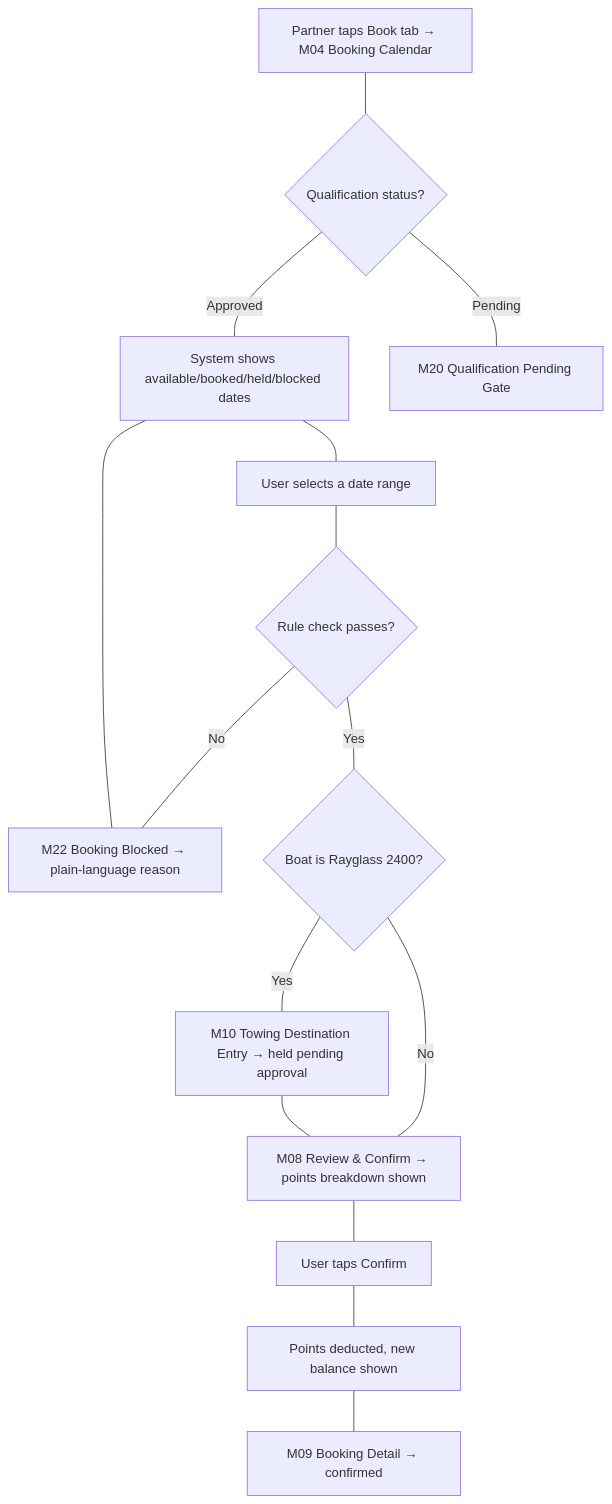
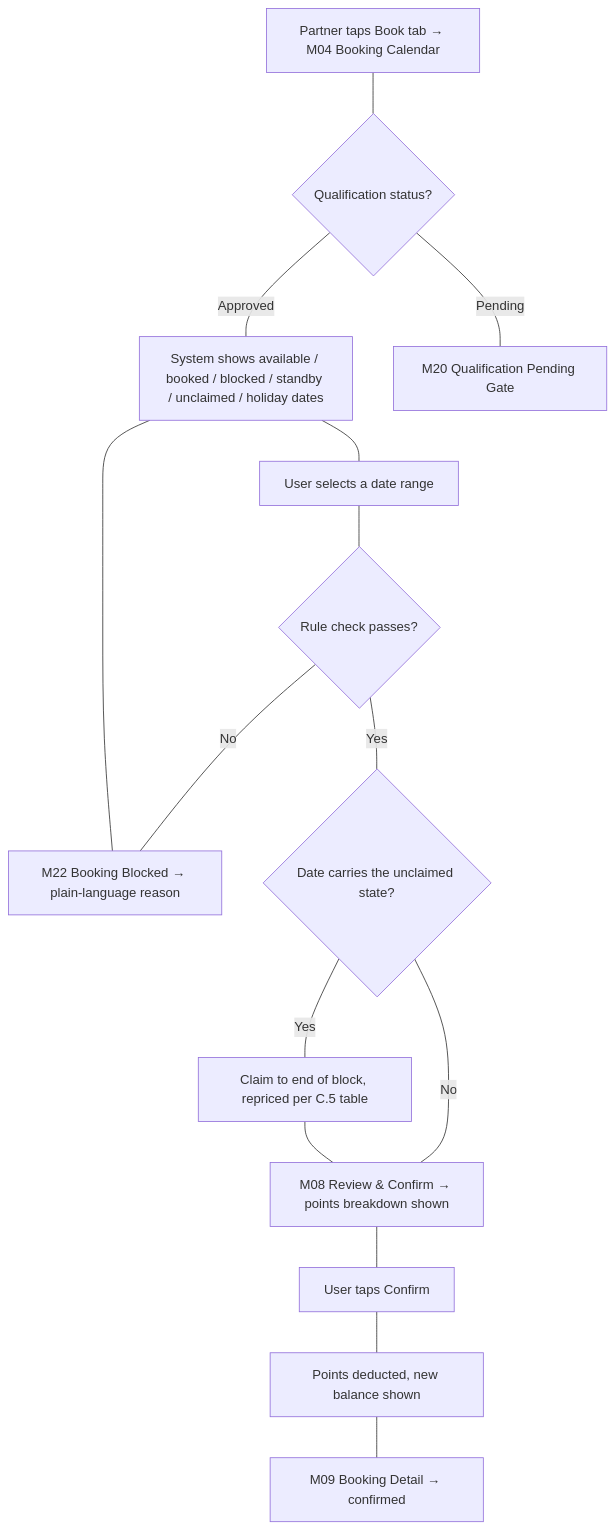
One commit to huongnguyen311/Offshore-Collective changed the first of 6 diagrams in design/05-user-flows.md. Above: the diagram before and after it, drawn with Mermaid. The commit also changed other lines of this file and 25 other files, not shown here.

````diff
--- a/design/05-user-flows.md
+++ b/design/05-user-flows.md
@@ -62,20 +65,20 @@
 ```mermaid
 flowchart TD
     A[Partner taps Book tab → M04 Booking Calendar]
-    B[System shows available/booked/held/blocked dates]
+    B[System shows available / booked / blocked / standby / unclaimed / holiday dates]
     Q{Qualification status?}
     A --- Q
     Q -- Pending --- QG[M20 Qualification Pending Gate]
     Q -- Approved --- B
     B --- C[User selects a date range]
     C --- D{Rule check passes?}
     D -- No --- E[M22 Booking Blocked → plain-language reason]
     E --- B
-    D -- Yes --- F{Boat is Rayglass 2400?}
-    F -- Yes --- G[M10 Towing Destination Entry → held pending approval]
+    D -- Yes --- F{Date carries the unclaimed state?}
+    F -- Yes --- G[Claim to end of block, repriced per C.5 table]
     F -- No --- H[M08 Review & Confirm → points breakdown shown]
     G --- H
     H --- I[User taps Confirm]
     I --- J[Points deducted, new balance shown]
     J --- K[M09 Booking Detail → confirmed]
 ```
````
